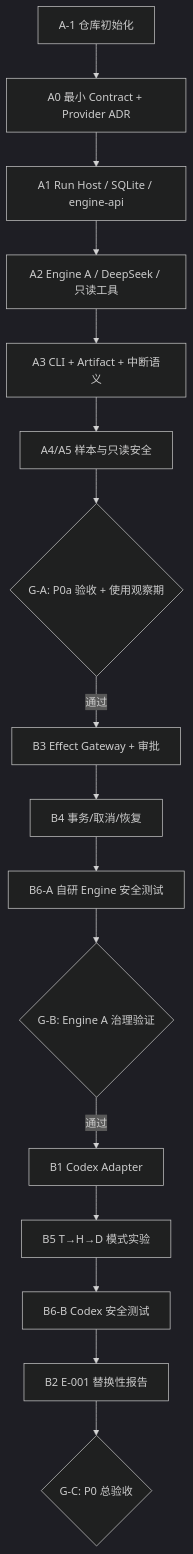
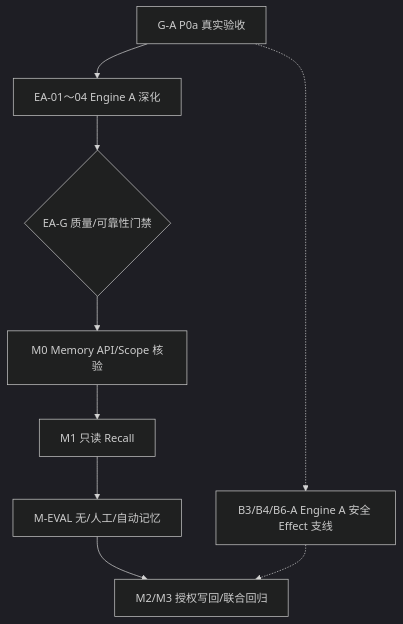
One commit to SamhandsomeLee/FluxAxiom changed the first of 2 diagrams in docs/development/P0阶段执行方案 v1.1.md. Above: the diagram before and after it, drawn with Mermaid (dark theme). The commit also changed other lines of this file and 5 other files, not shown here.

First line of the commit message:
docs(architecture): prioritize engine a and external memory

````diff
--- a/docs/development/P0阶段执行方案 v1.1.md
+++ b/docs/development/P0阶段执行方案 v1.1.md
@@ -78,18 +80,11 @@
 ```mermaid
 flowchart TD
-    A1["A-1 仓库初始化"] --> A0["A0 最小 Contract + Provider ADR"]
-    A0 --> H["A1 Run Host / SQLite / engine-api"]
-    H --> EA["A2 Engine A / DeepSeek / 只读工具"]
-    EA --> CLI["A3 CLI + Artifact + 中断语义"]
-    CLI --> MET["A4/A5 样本与只读安全"]
-    MET --> GA{"G-A: P0a 验收 + 使用观察期"}
-    GA -->|通过| B3["B3 Effect Gateway + 审批"]
-    B3 --> B4["B4 事务/取消/恢复"]
-    B4 --> SEC["B6-A 自研 Engine 安全测试"]
-    SEC --> GB{"G-B: Engine A 治理验证"}
-    GB -->|通过| CODEX["B1 Codex Adapter"]
-    CODEX --> MODES["B5 T→H→D 模式实验"]
-    MODES --> SECB["B6-B Codex 安全测试"]
-    SECB --> AB["B2 E-001 替换性报告"]
-    AB --> DONE{"G-C: P0 总验收"}
+  G["G-A P0a 真实验收"] --> A["EA-01～04 Engine A 深化"]
+  A --> AG{"EA-G 质量/可靠性门禁"}
+  AG --> M0["M0 Memory API/Scope 核验"]
+  M0 --> M1["M1 只读 Recall"]
+  M1 --> EV["M-EVAL 无/人工/自动记忆"]
+  EV --> W["M2/M3 授权写回/联合回归"]
+  G -.-> B["B3/B4/B6-A Engine A 安全 Effect 支线"]
+  B -.-> W
 ```
````
